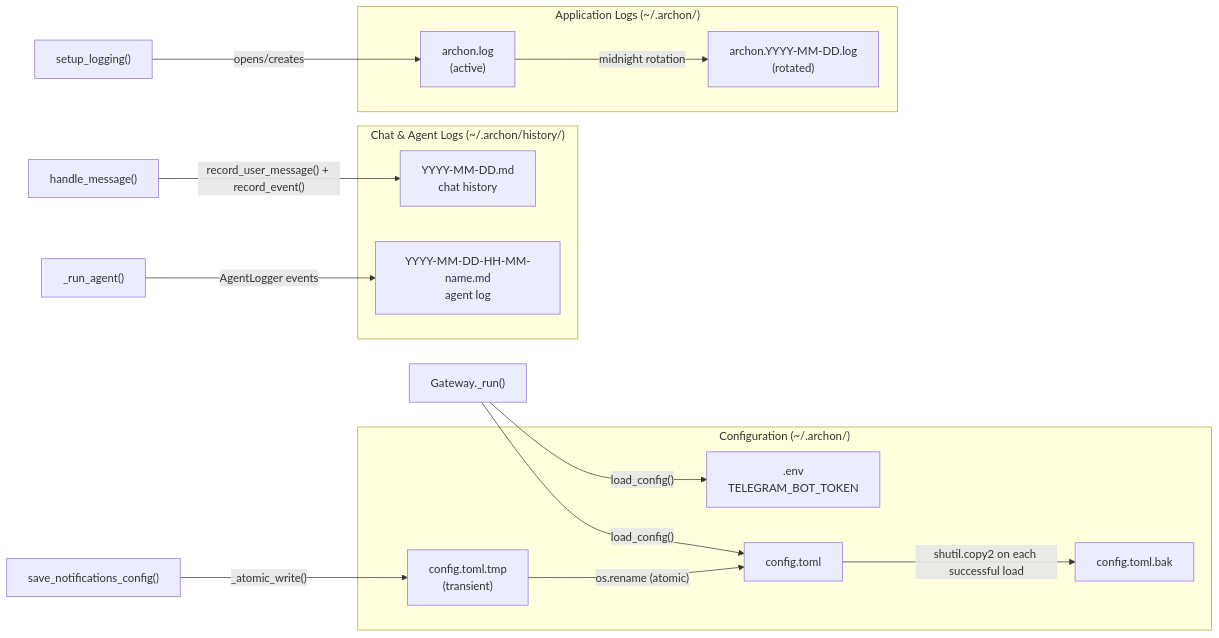
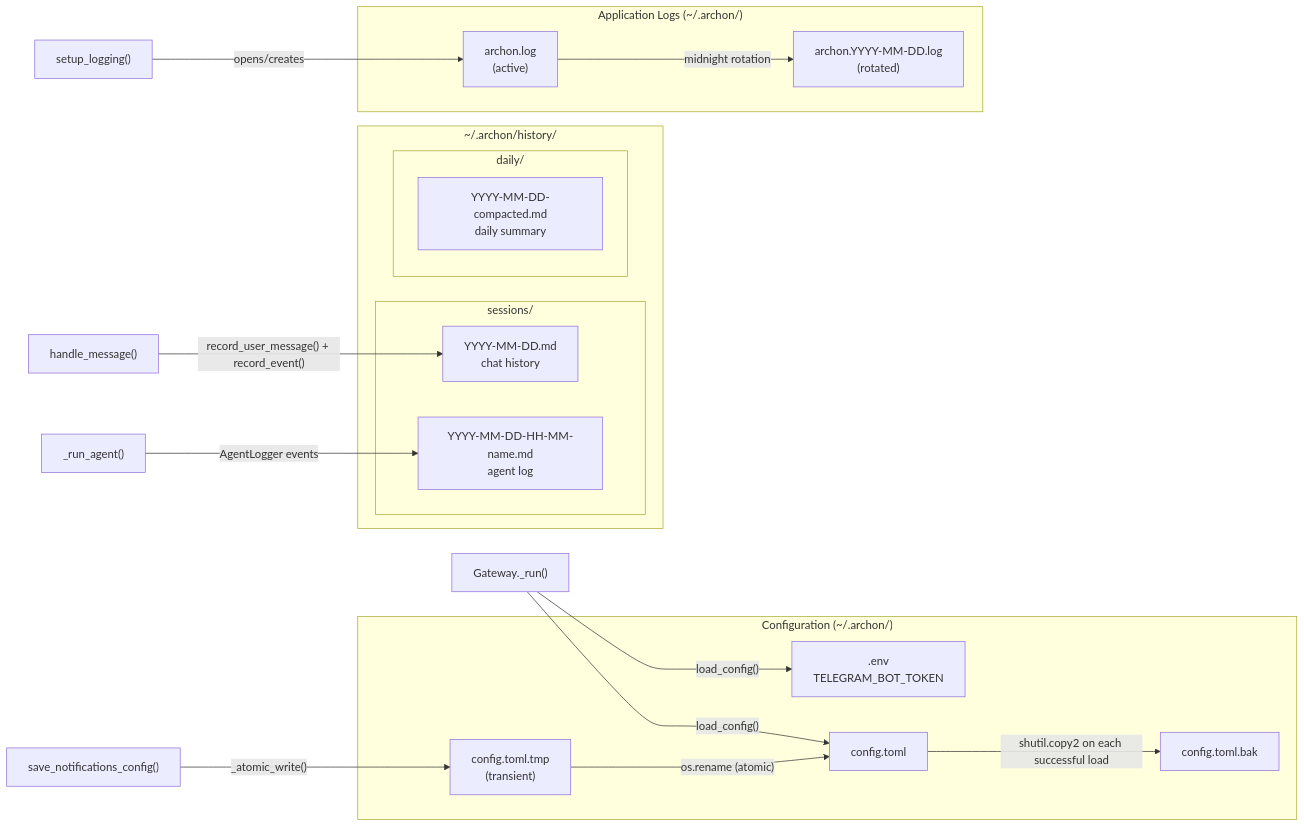
One commit to user538295/archon-assistant changed the first of 2 diagrams in Documentation/Architecture/130_data_architecture_and_persistence.md. Above: the diagram before and after it, drawn with Mermaid. The commit also changed other lines of this file and 27 other files, not shown here.

First line of the commit message:
feat(history): reorganize history into sessions/ and daily/ subdirectories

````diff
--- a/Documentation/Architecture/130_data_architecture_and_persistence.md
+++ b/Documentation/Architecture/130_data_architecture_and_persistence.md
@@ -21,31 +21,36 @@
 ```mermaid
 graph LR
     subgraph Config["Configuration (~/.archon/)"]
         env[".env<br/>TELEGRAM_BOT_TOKEN"]
         toml["config.toml"]
         bak["config.toml.bak"]
         tmp["config.toml.tmp<br/>(transient)"]
     end
 
-    subgraph History["Chat & Agent Logs (~/.archon/history/)"]
-        hfile["YYYY-MM-DD.md<br/>chat history"]
-        afile["YYYY-MM-DD-HH-MM-name.md<br/>agent log"]
+    subgraph History["~/.archon/history/"]
+        subgraph Sessions["sessions/"]
+            hfile["YYYY-MM-DD.md<br/>chat history"]
+            afile["YYYY-MM-DD-HH-MM-name.md<br/>agent log"]
+        end
+        subgraph Daily["daily/"]
+            cfile["YYYY-MM-DD-compacted.md<br/>daily summary"]
+        end
     end
 
     subgraph AppLog["Application Logs (~/.archon/)"]
         active["archon.log<br/>(active)"]
         rotated["archon.YYYY-MM-DD.log<br/>(rotated)"]
     end
 
     gateway["Gateway._run()"] -->|"load_config()"| env
     gateway -->|"load_config()"| toml
     toml -->|"shutil.copy2 on each successful load"| bak
     save_notif["save_notifications_config()"] -->|"_atomic_write()"| tmp
     tmp -->|"os.rename (atomic)"| toml
 
     handle_message["handle_message()"] -->|"record_user_message() + record_event()"| hfile
     bg_agent["_run_agent()"] -->|"AgentLogger events"| afile
 
     setup_logging["setup_logging()"] -->|"opens/creates"| active
     active -->|"midnight rotation"| rotated
 ```
````
